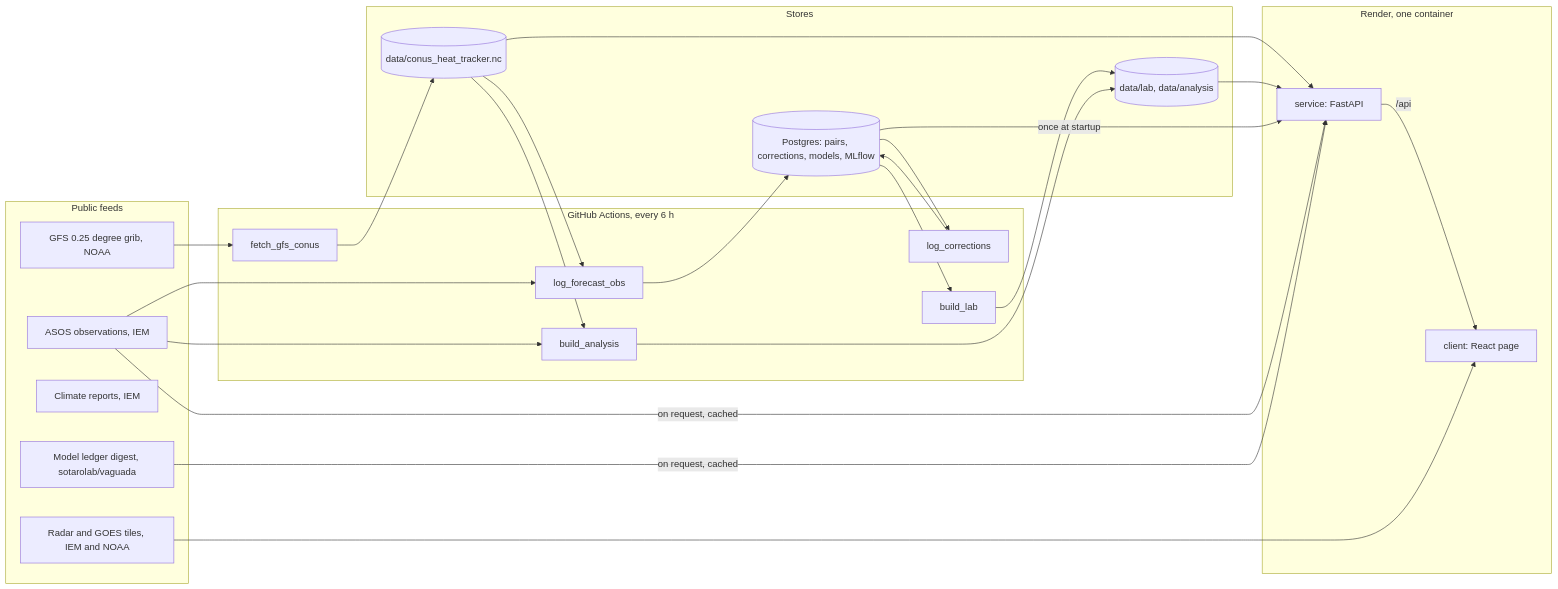
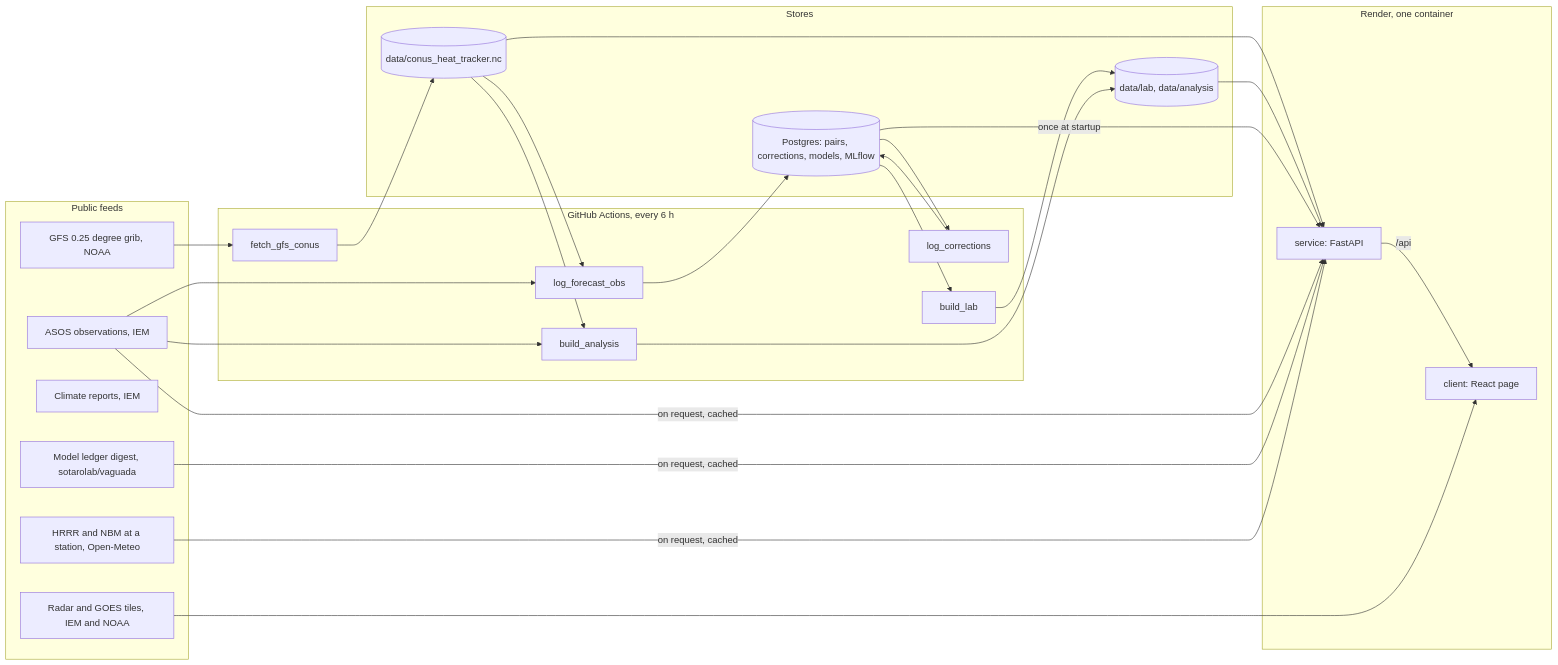
Before and after one commit to sotarolab/heat-wave-tracker: the first of 4 diagrams in docs/ARCHITECTURE.md, drawn with Mermaid. The commit also changed other lines of this file and 17 other files, not shown here.

````diff
--- a/docs/ARCHITECTURE.md
+++ b/docs/ARCHITECTURE.md
@@ -15,40 +15,42 @@
 ```mermaid
 flowchart LR
   subgraph feeds ["Public feeds"]
     GFS["GFS 0.25 degree grib, NOAA"]
     ASOS["ASOS observations, IEM"]
     CLI["Climate reports, IEM"]
     LEDGER["Model ledger digest, sotarolab/vaguada"]
+    OM["HRRR and NBM at a station, Open-Meteo"]
     TILES["Radar and GOES tiles, IEM and NOAA"]
   end
   subgraph jobs ["GitHub Actions, every 6 h"]
     FETCH["fetch_gfs_conus"]
     LOG["log_forecast_obs"]
     INFER["log_corrections"]
     LAB["build_lab"]
     ANALYSIS["build_analysis"]
   end
   subgraph stores ["Stores"]
     NC[("data/conus_heat_tracker.nc")]
     FILES[("data/lab, data/analysis")]
     NEON[("Postgres: pairs, corrections, models, MLflow")]
   end
   subgraph app ["Render, one container"]
     SVC["service: FastAPI"]
     PAGE["client: React page"]
   end
   GFS --> FETCH --> NC
   ASOS --> LOG --> NEON
   NC --> LOG
   NEON --> INFER --> NEON
   NEON --> LAB --> FILES
   NC --> ANALYSIS --> FILES
   ASOS --> ANALYSIS
   NC --> SVC
   FILES --> SVC
   NEON -- once at startup --> SVC
   ASOS -- on request, cached --> SVC
   LEDGER -- on request, cached --> SVC
+  OM -- on request, cached --> SVC
   SVC -- /api --> PAGE
   TILES --> PAGE
 ```
````
